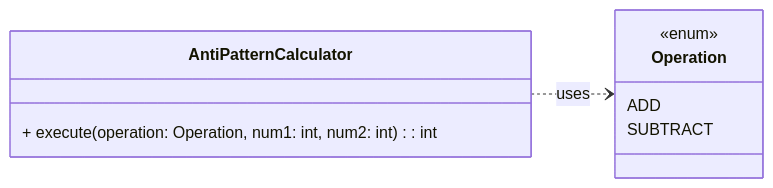
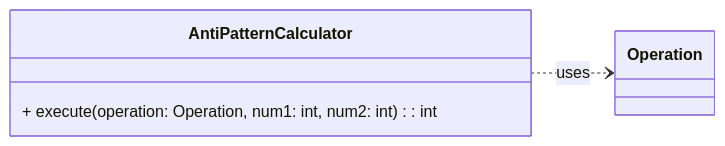
One commit to DaviSFS21/bertoti changed the diagram in padroes/strategy/antipattern/README.md. Above: the diagram before and after it, drawn with Mermaid. The commit also changed 2 other files, not shown here.

Commit message:
refactor: update UML diagrams in README for clarity and consistency

````diff
--- a/padroes/strategy/antipattern/README.md
+++ b/padroes/strategy/antipattern/README.md
@@ -3,16 +3,10 @@
 ```mermaid
 classDiagram
     direction LR
-
-    class Operation {
-        <<enum>>
-        ADD
-        SUBTRACT
-    }
 
     class AntiPatternCalculator {
         + execute(operation: Operation, num1: int, num2: int): int
     }
     
     AntiPatternCalculator ..> Operation : uses
 ```
````
